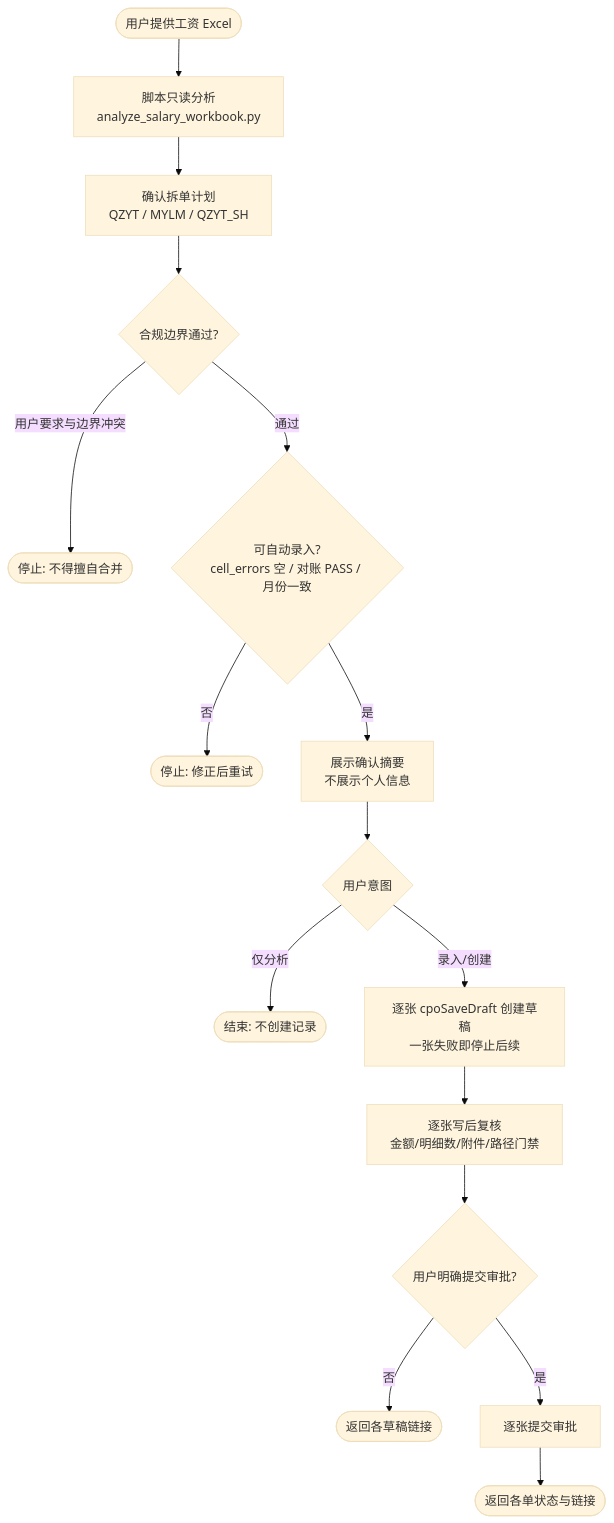
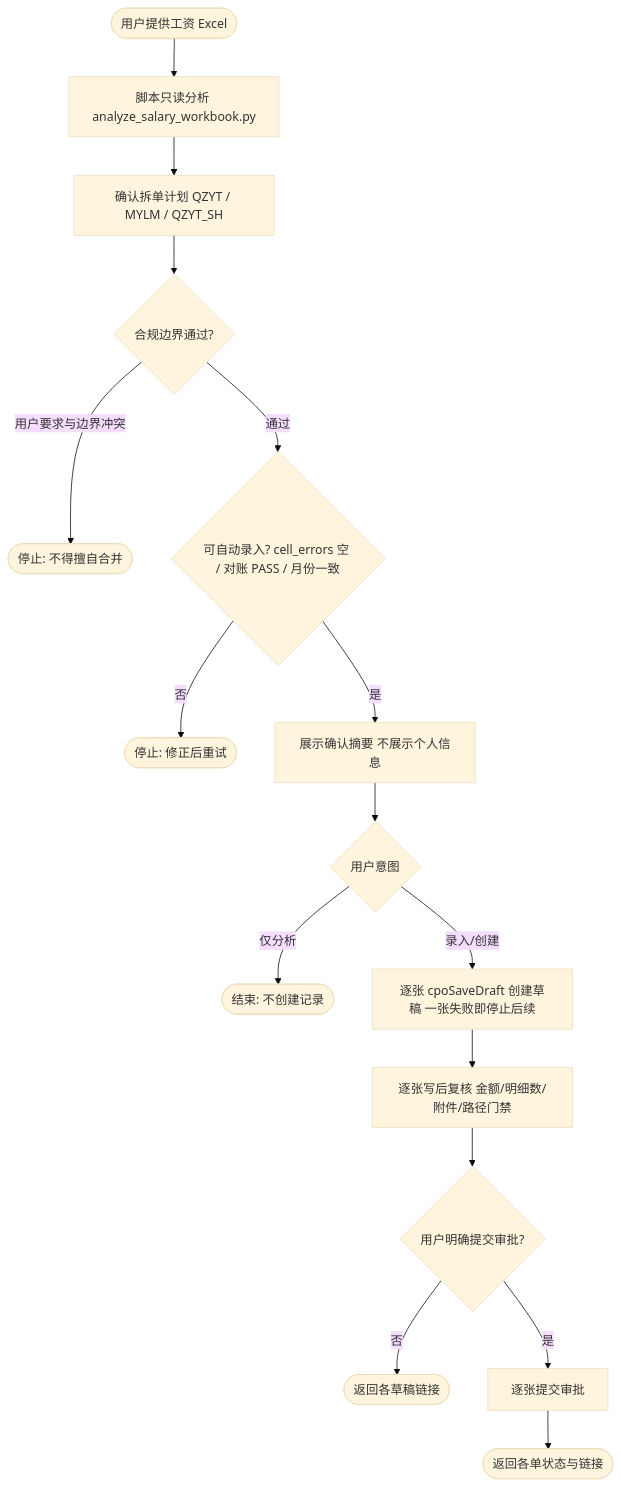
One commit to lovrabet/ei-demo changed the diagram in .agents/skills/cpo-salary-payment-from-excel/SKILL.md. Above: the diagram before and after it, drawn with Mermaid (base theme). The commit also changed 8 other files, not shown here.

Commit message:
feat: 侧边栏菜单移除飞书消息通知；skill 流程图去掉平台不支持的 br 换行标签

````diff
--- a/.agents/skills/cpo-salary-payment-from-excel/SKILL.md
+++ b/.agents/skills/cpo-salary-payment-from-excel/SKILL.md
@@ -16,18 +16,18 @@
 ```mermaid
 flowchart TD
-  Start([用户提供工资 Excel]) --> L1[脚本只读分析<br/>analyze_salary_workbook.py]
-  L1 --> L2[确认拆单计划<br/>QZYT / MYLM / QZYT_SH]
+  Start([用户提供工资 Excel]) --> L1[脚本只读分析 analyze_salary_workbook.py]
+  L1 --> L2[确认拆单计划 QZYT / MYLM / QZYT_SH]
   L2 --> L3{合规边界通过?}
   L3 -- 用户要求与边界冲突 --> Stop1([停止: 不得擅自合并])
-  L3 -- 通过 --> L4{可自动录入?<br/>cell_errors 空 / 对账 PASS / 月份一致}
+  L3 -- 通过 --> L4{可自动录入? cell_errors 空 / 对账 PASS / 月份一致}
   L4 -- 否 --> Stop2([停止: 修正后重试])
-  L4 -- 是 --> L5[展示确认摘要<br/>不展示个人信息]
+  L4 -- 是 --> L5[展示确认摘要 不展示个人信息]
   L5 --> L6{用户意图}
   L6 -- 仅分析 --> E1([结束: 不创建记录])
-  L6 -- 录入/创建 --> L7[逐张 cpoSaveDraft 创建草稿<br/>一张失败即停止后续]
-  L7 --> L8[逐张写后复核<br/>金额/明细数/附件/路径门禁]
+  L6 -- 录入/创建 --> L7[逐张 cpoSaveDraft 创建草稿 一张失败即停止后续]
+  L7 --> L8[逐张写后复核 金额/明细数/附件/路径门禁]
   L8 --> L9{用户明确提交审批?}
   L9 -- 否 --> E2([返回各草稿链接])
   L9 -- 是 --> L10[逐张提交审批]
   L10 --> E3([返回各单状态与链接])
 ```
````
